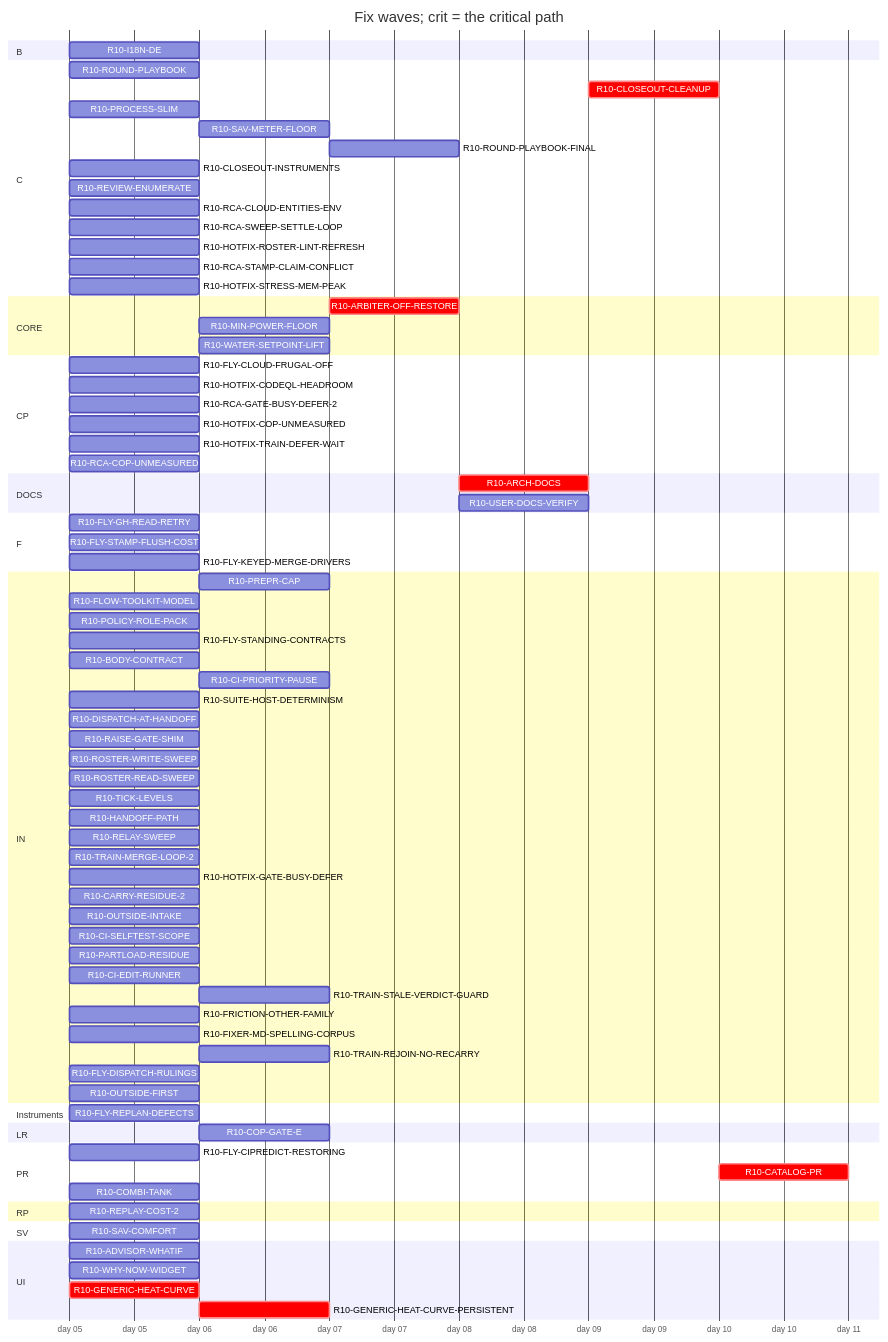
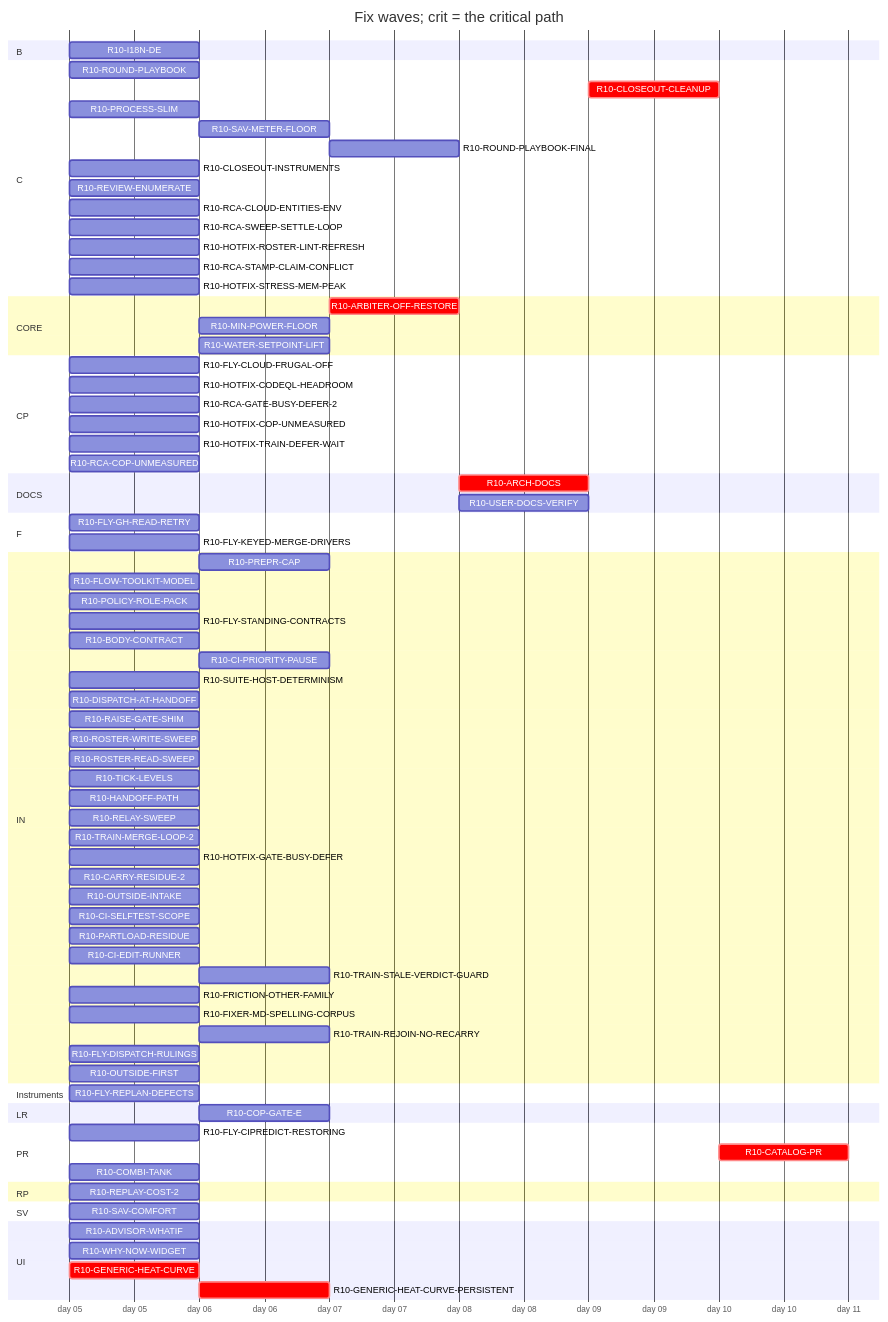
The diagram in handoff/round10/state/PLAN-TABLE.md (tvofi/heatpump_optimizer), drawn with Mermaid before and after one commit. The commit also changed other lines of this file and 3 other files, not shown here.

Commit message:
state: FLOW-BOARD.md, NEXT-SESSION-PROMPT.md, PLAN-TABLE.md, RESUME-CURRENT.md regenerated (state_docs.py)

```diff
--- a/handoff/round10/state/PLAN-TABLE.md
+++ b/handoff/round10/state/PLAN-TABLE.md
@@ -35,7 +35,7 @@
     R10-CLOSEOUT-CLEANUP :crit, r10CLOSEOUTCLEANUP, after r10ARCHDOCS r10USERDOCSVERIFY r10ROUNDPLAYBOOKFINAL r10CLOSEOUTINSTRUMENTS r10RCAGATEBUSYDEFER2 r10RCACOPUNMEASURED r10FRICTIONOTHERFAMILY, 1d
     R10-PROCESS-SLIM :r10PROCESSSLIM, 2026-01-05, 1d
     R10-SAV-METER-FLOOR :r10SAVMETERFLOOR, after r10SAVCOMFORT, 1d
-    R10-ROUND-PLAYBOOK-FINAL :r10ROUNDPLAYBOOKFINAL, after r10PREPRCAP r10HANDOFFPATH r10RELAYSWEEP r10DISPATCHATHANDOFF r10BODYCONTRACT r10TICKLEVELS r10CIPRIORITYPAUSE r10ROSTERWRITESWEEP r10ROSTERREADSWEEP r10FLYSTANDINGCONTRACTS r10POLICYROLEPACK r10FLOWTOOLKITMODEL r10FLYCIPREDICTRESTORING r10RAISEGATESHIM r10FLYGHREADRETRY r10SUITEHOSTDETERMINISM r10ROUNDPLAYBOOK r10PROCESSSLIM r10TRAINMERGELOOP2 r10HOTFIXGATEBUSYDEFER r10CARRYRESIDUE2 r10REPLAYCOST2 r10HOTFIXCODEQLHEADROOM r10OUTSIDEINTAKE r10FLYSTAMPFLUSHCOST r10HOTFIXTRAINDEFERWAIT r10CISELFTESTSCOPE r10CIEDITRUNNER r10TRAINSTALEVERDICTGUARD r10CLOSEOUTINSTRUMENTS r10FRICTIONOTHERFAMILY r10FIXERMDSPELLINGCORPUS, 1d
+    R10-ROUND-PLAYBOOK-FINAL :r10ROUNDPLAYBOOKFINAL, after r10PREPRCAP r10HANDOFFPATH r10RELAYSWEEP r10DISPATCHATHANDOFF r10BODYCONTRACT r10TICKLEVELS r10CIPRIORITYPAUSE r10ROSTERWRITESWEEP r10ROSTERREADSWEEP r10FLYSTANDINGCONTRACTS r10POLICYROLEPACK r10FLOWTOOLKITMODEL r10FLYCIPREDICTRESTORING r10RAISEGATESHIM r10FLYGHREADRETRY r10SUITEHOSTDETERMINISM r10ROUNDPLAYBOOK r10PROCESSSLIM r10TRAINMERGELOOP2 r10HOTFIXGATEBUSYDEFER r10CARRYRESIDUE2 r10REPLAYCOST2 r10HOTFIXCODEQLHEADROOM r10OUTSIDEINTAKE r10HOTFIXTRAINDEFERWAIT r10CISELFTESTSCOPE r10CIEDITRUNNER r10TRAINSTALEVERDICTGUARD r10CLOSEOUTINSTRUMENTS r10FRICTIONOTHERFAMILY r10FIXERMDSPELLINGCORPUS, 1d
     R10-CLOSEOUT-INSTRUMENTS :r10CLOSEOUTINSTRUMENTS, 2026-01-05, 1d
     R10-REVIEW-ENUMERATE :r10REVIEWENUMERATE, 2026-01-05, 1d
     R10-RCA-CLOUD-ENTITIES-ENV :r10RCACLOUDENTITIESENV, 2026-01-05, 1d
@@ -55,11 +55,10 @@
     R10-HOTFIX-TRAIN-DEFER-WAIT :r10HOTFIXTRAINDEFERWAIT, 2026-01-05, 1d
     R10-RCA-COP-UNMEASURED :r10RCACOPUNMEASURED, 2026-01-05, 1d
   section DOCS
-    R10-ARCH-DOCS :crit, r10ARCHDOCS, after r10SAVCOMFORT r10WHYNOWWIDGET r10ADVISORWHATIF r10PREPRCAP r10HANDOFFPATH r10RELAYSWEEP r10DISPATCHATHANDOFF r10BODYCONTRACT r10TICKLEVELS r10CIPRIORITYPAUSE r10ROSTERWRITESWEEP r10ROSTERREADSWEEP r10FLYSTANDINGCONTRACTS r10POLICYROLEPACK r10FLOWTOOLKITMODEL r10FLYCIPREDICTRESTORING r10RAISEGATESHIM r10FLYGHREADRETRY r10SUITEHOSTDETERMINISM r10PROCESSSLIM r10SAVMETERFLOOR r10HOTFIXCOPUNMEASURED r10COPGATEE r10PARTLOADRESIDUE r10I18NDE r10GENERICHEATCURVE r10GENERICHEATCURVEPERSISTENT r10ARBITEROFFRESTORE r10TRAINMERGELOOP2 r10HOTFIXGATEBUSYDEFER r10CARRYRESIDUE2 r10REPLAYCOST2 r10HOTFIXCODEQLHEADROOM r10OUTSIDEINTAKE r10FLYSTAMPFLUSHCOST r10HOTFIXTRAINDEFERWAIT r10CISELFTESTSCOPE r10CIEDITRUNNER r10TRAINSTALEVERDICTGUARD r10COMBITANK r10CLOSEOUTINSTRUMENTS r10MINPOWERFLOOR r10ROUNDPLAYBOOK r10RCAGATEBUSYDEFER2 r10FRICTIONOTHERFAMILY r10RCACOPUNMEASURED, 1d
+    R10-ARCH-DOCS :crit, r10ARCHDOCS, after r10SAVCOMFORT r10WHYNOWWIDGET r10ADVISORWHATIF r10PREPRCAP r10HANDOFFPATH r10RELAYSWEEP r10DISPATCHATHANDOFF r10BODYCONTRACT r10TICKLEVELS r10CIPRIORITYPAUSE r10ROSTERWRITESWEEP r10ROSTERREADSWEEP r10FLYSTANDINGCONTRACTS r10POLICYROLEPACK r10FLOWTOOLKITMODEL r10FLYCIPREDICTRESTORING r10RAISEGATESHIM r10FLYGHREADRETRY r10SUITEHOSTDETERMINISM r10PROCESSSLIM r10SAVMETERFLOOR r10HOTFIXCOPUNMEASURED r10COPGATEE r10PARTLOADRESIDUE r10I18NDE r10GENERICHEATCURVE r10GENERICHEATCURVEPERSISTENT r10ARBITEROFFRESTORE r10TRAINMERGELOOP2 r10HOTFIXGATEBUSYDEFER r10CARRYRESIDUE2 r10REPLAYCOST2 r10HOTFIXCODEQLHEADROOM r10OUTSIDEINTAKE r10HOTFIXTRAINDEFERWAIT r10CISELFTESTSCOPE r10CIEDITRUNNER r10TRAINSTALEVERDICTGUARD r10COMBITANK r10CLOSEOUTINSTRUMENTS r10MINPOWERFLOOR r10ROUNDPLAYBOOK r10RCAGATEBUSYDEFER2 r10FRICTIONOTHERFAMILY r10RCACOPUNMEASURED, 1d
     R10-USER-DOCS-VERIFY :r10USERDOCSVERIFY, after r10SAVCOMFORT r10WHYNOWWIDGET r10ADVISORWHATIF r10SAVMETERFLOOR r10HOTFIXCOPUNMEASURED r10COPGATEE r10PARTLOADRESIDUE r10I18NDE r10GENERICHEATCURVE r10GENERICHEATCURVEPERSISTENT r10ARBITEROFFRESTORE r10COMBITANK r10MINPOWERFLOOR, 1d
   section F
     R10-FLY-GH-READ-RETRY :r10FLYGHREADRETRY, 2026-01-05, 1d
-    R10-FLY-STAMP-FLUSH-COST :r10FLYSTAMPFLUSHCOST, 2026-01-05, 1d
     R10-FLY-KEYED-MERGE-DRIVERS :r10FLYKEYEDMERGEDRIVERS, 2026-01-05, 1d
   section IN
     R10-PREPR-CAP :r10PREPRCAP, after r10PROCESSSLIM, 1d
```
